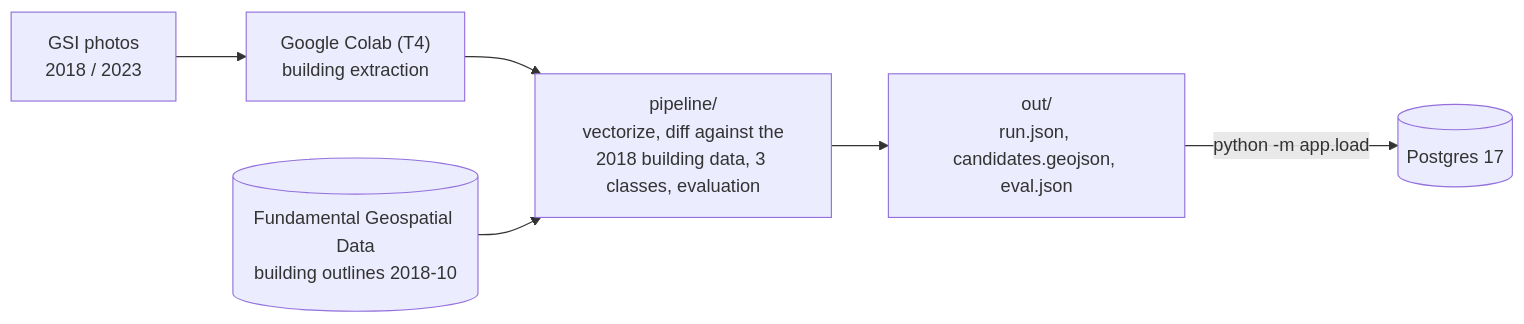
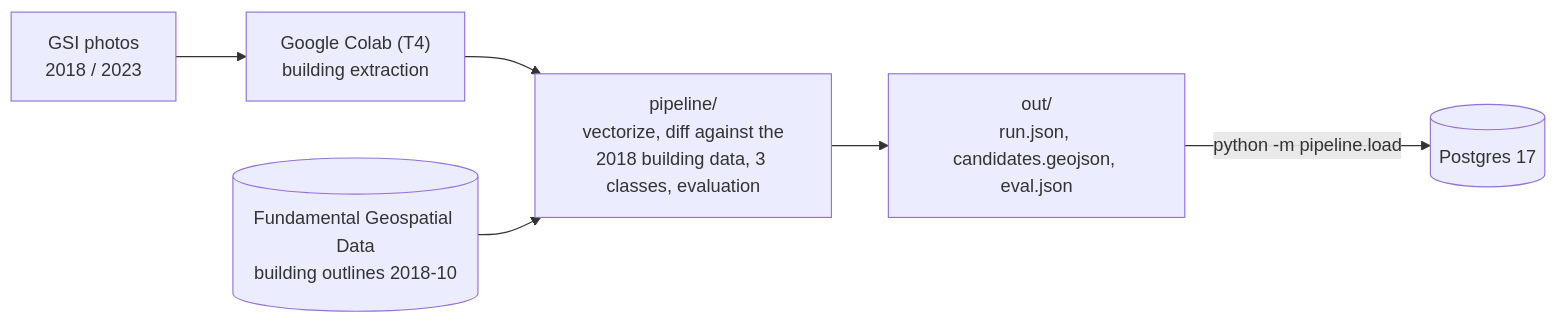
Before and after one commit to Starlight-Tree/TownScan: the second of 2 diagrams in README.md, drawn with Mermaid. The commit also changed other lines of this file and 66 other files, not shown here.

````diff
--- a/README.md
+++ b/README.md
@@ -41,8 +41,8 @@
 ```mermaid
 flowchart LR
     P["GSI photos<br/>2018 / 2023"] --> C["Google Colab (T4)<br/>building extraction"]
     C --> PP["pipeline/<br/>vectorize, diff against the<br/>2018 building data, 3 classes, evaluation"]
     K[("Fundamental Geospatial Data<br/>building outlines 2018-10")] --> PP
     PP --> O["out/<br/>run.json, candidates.geojson, eval.json"]
-    O -->|"python -m app.load"| DB[("Postgres 17")]
+    O -->|"python -m pipeline.load"| DB[("Postgres 17")]
 ```
````
